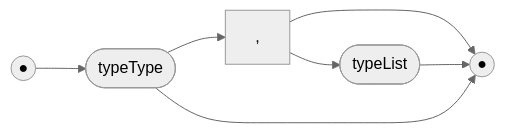
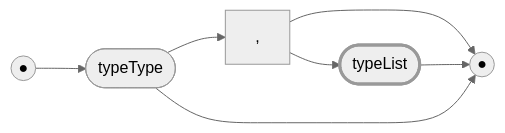
One commit to billhails/CEKF changed diagram 16 of 59 in docs/railroad.md. Above: the diagram before and after it, drawn with Mermaid (neutral theme). The commit also changed other lines of this file, not shown here.

````diff
--- a/docs/railroad.md
+++ b/docs/railroad.md
@@ -254,10 +273,11 @@
 ```mermaid
 flowchart LR
+classDef rec stroke-width:3px;
 s(("●"))
 e(("●"))
 s --> tt([typeType])
 tt --> comma[","]
 comma --> e
-comma --> tl([typeList]) --> e
+comma --> tl([typeList]):::rec --> e
 tt --> e
 ```
````
